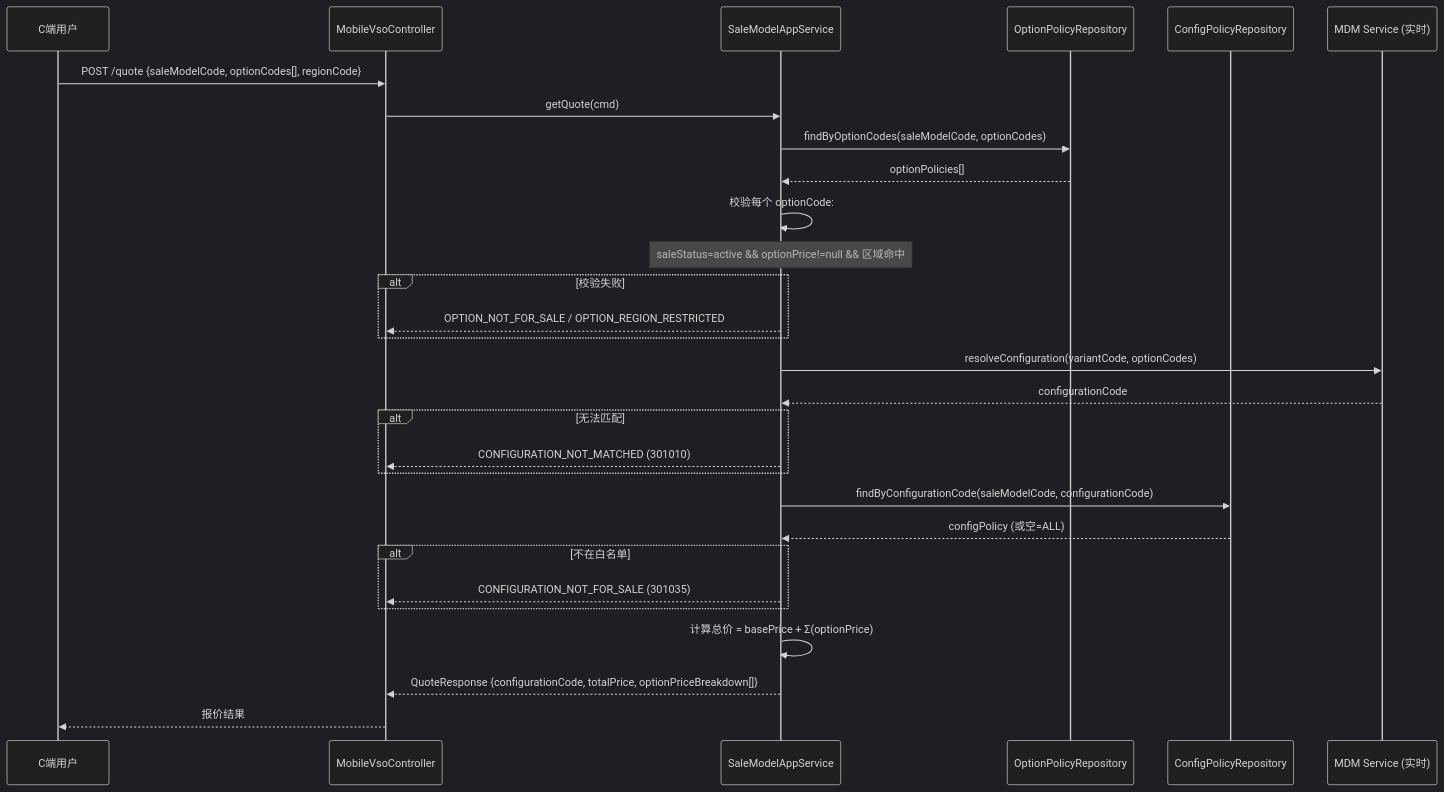
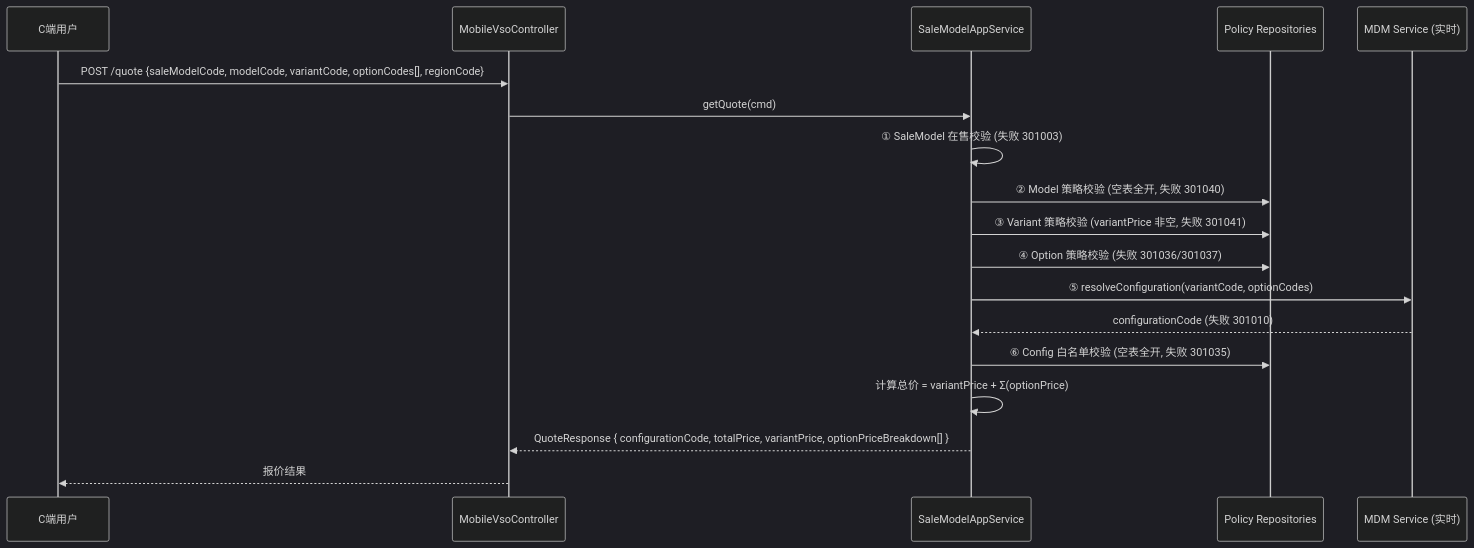
One commit to hwyzleo/iov-cloud-otd-vso changed diagram 20 of 27 in specs/vehicle-sale-order/design.md. Above: the diagram before and after it, drawn with Mermaid (dark theme). The commit also changed other lines of this file and 58 other files, not shown here.

````diff
--- a/specs/vehicle-sale-order/design.md
+++ b/specs/vehicle-sale-order/design.md
@@ -1425,37 +1450,23 @@
 ```mermaid
 sequenceDiagram
     participant U as C端用户
     participant MC as MobileVsoController
     participant SMAS as SaleModelAppService
-    participant POL as OptionPolicyRepository
-    participant CP as ConfigPolicyRepository
+    participant POL as Policy Repositories
     participant MDM as MDM Service (实时)
 
-    U->>MC: POST /quote {saleModelCode, optionCodes[], regionCode}
+    U->>MC: POST /quote {saleModelCode, modelCode, variantCode, optionCodes[], regionCode}
     MC->>SMAS: getQuote(cmd)
 
-    SMAS->>POL: findByOptionCodes(saleModelCode, optionCodes)
-    POL-->>SMAS: optionPolicies[]
+    SMAS->>SMAS: ① SaleModel 在售校验 (失败 301003)
+    SMAS->>POL: ② Model 策略校验 (空表全开, 失败 301040)
+    SMAS->>POL: ③ Variant 策略校验 (variantPrice 非空, 失败 301041)
+    SMAS->>POL: ④ Option 策略校验 (失败 301036/301037)
+    SMAS->>MDM: ⑤ resolveConfiguration(variantCode, optionCodes)
+    MDM-->>SMAS: configurationCode (失败 301010)
+    SMAS->>POL: ⑥ Config 白名单校验 (空表全开, 失败 301035)
 
-    SMAS->>SMAS: 校验每个 optionCode:
-    Note over SMAS: saleStatus=active && optionPrice!=null && 区域命中
-    alt 校验失败
-        SMAS-->>MC: OPTION_NOT_FOR_SALE / OPTION_REGION_RESTRICTED
-    end
-
-    SMAS->>MDM: resolveConfiguration(variantCode, optionCodes)
-    MDM-->>SMAS: configurationCode
-    alt 无法匹配
-        SMAS-->>MC: CONFIGURATION_NOT_MATCHED (301010)
-    end
-
-    SMAS->>CP: findByConfigurationCode(saleModelCode, configurationCode)
-    CP-->>SMAS: configPolicy (或空=ALL)
-    alt 不在白名单
-        SMAS-->>MC: CONFIGURATION_NOT_FOR_SALE (301035)
-    end
-
-    SMAS->>SMAS: 计算总价 = basePrice + Σ(optionPrice)
-    SMAS-->>MC: QuoteResponse {configurationCode, totalPrice, optionPriceBreakdown[]}
+    SMAS->>SMAS: 计算总价 = variantPrice + Σ(optionPrice)
+    SMAS-->>MC: QuoteResponse { configurationCode, totalPrice, variantPrice, optionPriceBreakdown[] }
     MC-->>U: 报价结果
 ```
````
